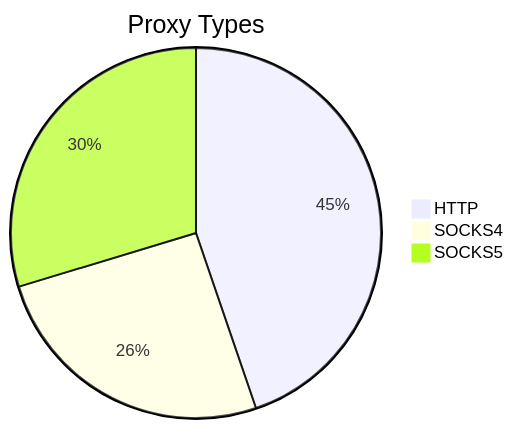
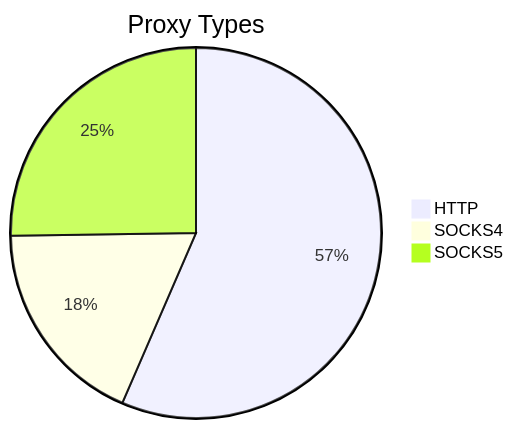
The first of 2 diagrams in README.md (stormsia/proxy-list), drawn with Mermaid before and after one commit. The commit also changed other lines of this file, not shown here.

````diff
--- a/README.md
+++ b/README.md
@@ -21,6 +21,6 @@
 ```mermaid
 pie title Proxy Types
-    "HTTP" : 98
-    "SOCKS4" : 56
-    "SOCKS5" : 65
+    "HTTP" : 356
+    "SOCKS4" : 115
+    "SOCKS5" : 159
 ```
````
